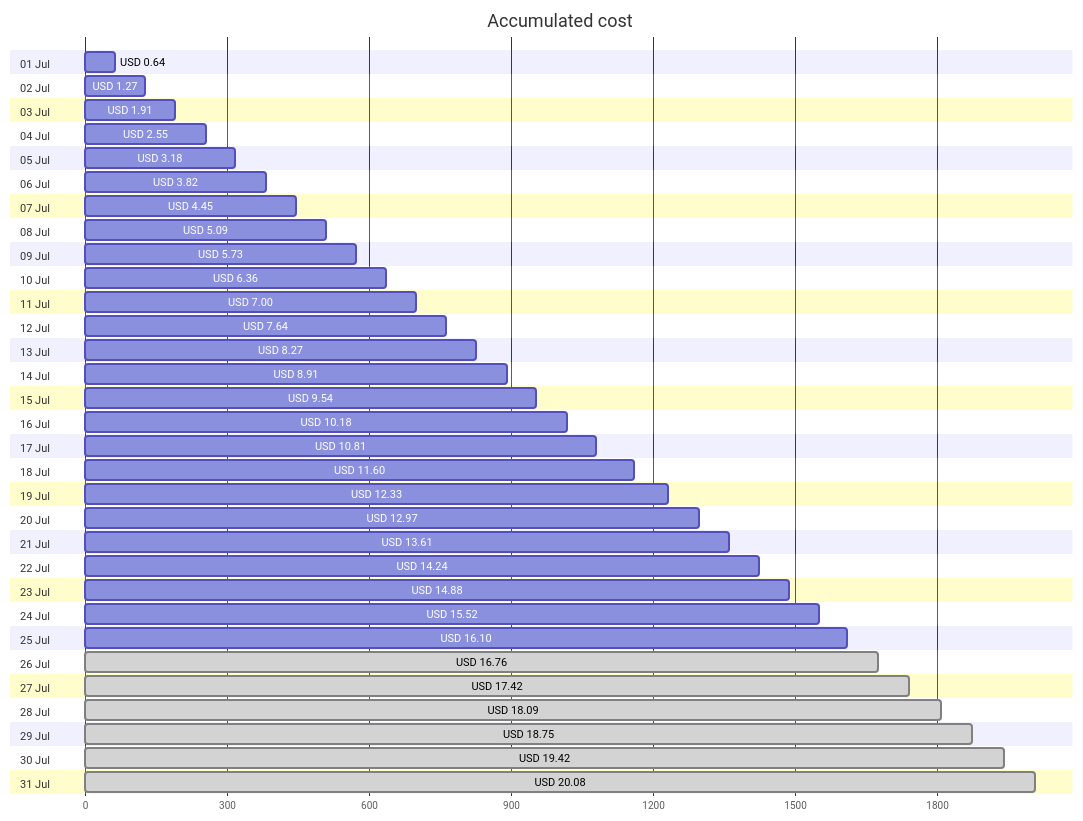
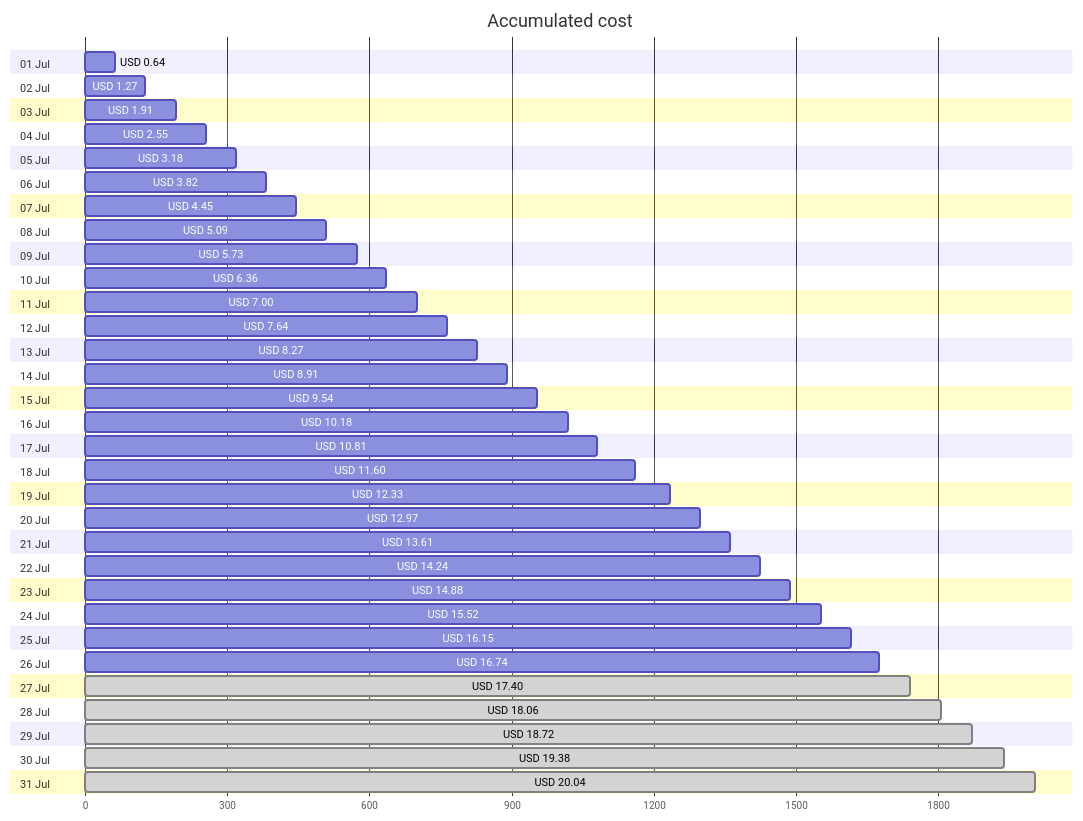
One commit to jpfulton/azure-personal-reports changed the first of 4 diagrams in cost-reports/accumulated-cost.md. Above: the diagram before and after it, drawn with Mermaid. The commit also changed other lines of this file and 4 other files, not shown here.

````diff
--- a/cost-reports/accumulated-cost.md
+++ b/cost-reports/accumulated-cost.md
@@ -20,68 +20,68 @@
 ```mermaid
 gantt
    title Accumulated cost
    dateFormat  X
    axisFormat %s
    section 01 Jul
    USD 0.64 :0, 64
    section 02 Jul
    USD 1.27 :0, 127
    section 03 Jul
    USD 1.91 :0, 191
    section 04 Jul
    USD 2.55 :0, 255
    section 05 Jul
    USD 3.18 :0, 318
    section 06 Jul
    USD 3.82 :0, 382
    section 07 Jul
    USD 4.45 :0, 445
    section 08 Jul
    USD 5.09 :0, 509
    section 09 Jul
    USD 5.73 :0, 573
    section 10 Jul
    USD 6.36 :0, 636
    section 11 Jul
    USD 7.00 :0, 700
    section 12 Jul
    USD 7.64 :0, 764
    section 13 Jul
    USD 8.27 :0, 827
    section 14 Jul
    USD 8.91 :0, 891
    section 15 Jul
    USD 9.54 :0, 954
    section 16 Jul
    USD 10.18 :0, 1018
    section 17 Jul
    USD 10.81 :0, 1081
    section 18 Jul
    USD 11.60 :0, 1160
    section 19 Jul
    USD 12.33 :0, 1233
    section 20 Jul
    USD 12.97 :0, 1297
    section 21 Jul
    USD 13.61 :0, 1361
    section 22 Jul
    USD 14.24 :0, 1424
    section 23 Jul
    USD 14.88 :0, 1488
    section 24 Jul
    USD 15.52 :0, 1552
    section 25 Jul
-   USD 16.10 :0, 1610
+   USD 16.15 :0, 1615
    section 26 Jul
-   USD 16.76 : done, 0, 1676
+   USD 16.74 :0, 1674
    section 27 Jul
-   USD 17.42 : done, 0, 1742
+   USD 17.40 : done, 0, 1740
    section 28 Jul
-   USD 18.09 : done, 0, 1809
+   USD 18.06 : done, 0, 1806
    section 29 Jul
-   USD 18.75 : done, 0, 1875
+   USD 18.72 : done, 0, 1872
    section 30 Jul
-   USD 19.42 : done, 0, 1942
+   USD 19.38 : done, 0, 1938
    section 31 Jul
-   USD 20.08 : done, 0, 2008
+   USD 20.04 : done, 0, 2004
 ```
````
